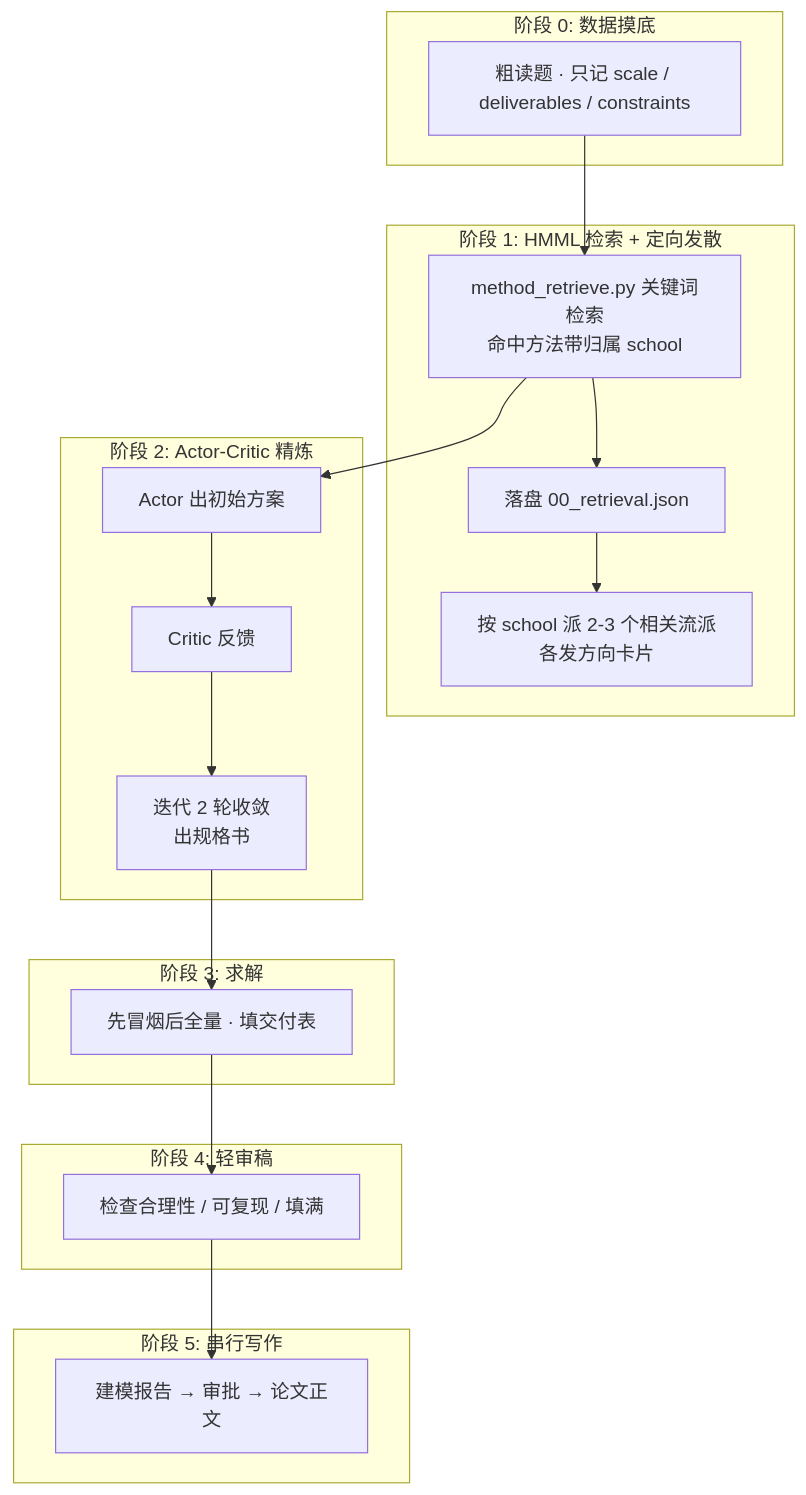
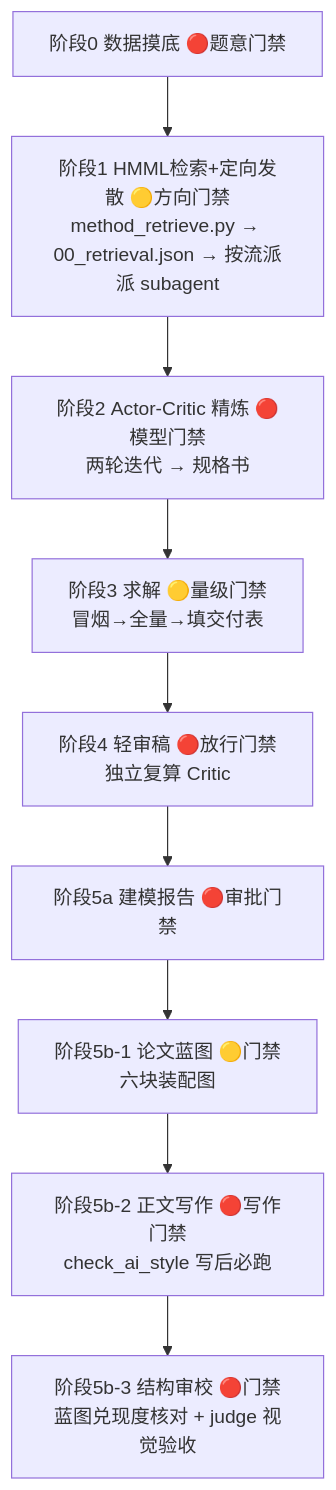
One commit to xbjh123/math-modeling-agent changed the diagram in README.md. Above: the diagram before and after it, drawn with Mermaid. The commit also changed other lines of this file and 23 other files, not shown here.

````diff
--- a/README.md
+++ b/README.md
@@ -17,24 +28,11 @@
 ```mermaid
 flowchart TD
-    subgraph S0[阶段 0: 数据摸底]
-        A0[粗读题 · 只记 scale / deliverables / constraints]
-    end
-    subgraph S1[阶段 1: HMML 检索 + 定向发散]
-        A1[method_retrieve.py 关键词检索<br/>命中方法带归属 school] --> A2[落盘 00_retrieval.json]
-        A2 --> A3[按 school 派 2-3 个相关流派<br/>各发方向卡片]
-    end
-    subgraph S2[阶段 2: Actor-Critic 精炼]
-        B1[Actor 出初始方案] --> B2[Critic 反馈] --> B3[迭代 2 轮收敛<br/>出规格书]
-    end
-    subgraph S3[阶段 3: 求解]
-        C1[先冒烟后全量 · 填交付表]
-    end
-    subgraph S4[阶段 4: 轻审稿]
-        D1[检查合理性 / 可复现 / 填满]
-    end
-    subgraph S5[阶段 5: 串行写作]
-        E1[建模报告 → 审批 → 论文正文]
-    end
-    A0 --> A1 --> B1
-    B3 --> C1 --> D1 --> E1
+    S0[阶段0 数据摸底 🔴题意门禁] --> S1[阶段1 HMML检索+定向发散 🟡方向门禁<br/>method_retrieve.py → 00_retrieval.json → 按流派派 subagent]
+    S1 --> S2[阶段2 Actor-Critic 精炼 🔴模型门禁<br/>两轮迭代 → 规格书]
+    S2 --> S3[阶段3 求解 🟡量级门禁<br/>冒烟→全量→填交付表]
+    S3 --> S4[阶段4 轻审稿 🔴放行门禁<br/>独立复算 Critic]
+    S4 --> S5a[阶段5a 建模报告 🔴审批门禁]
+    S5a --> S5b1[阶段5b-1 论文蓝图 🟡门禁<br/>六块装配图]
+    S5b1 --> S5b2[阶段5b-2 正文写作 🔴写作门禁<br/>check_ai_style 写后必跑]
+    S5b2 --> S5b3[阶段5b-3 结构审校 🔴门禁<br/>蓝图兑现度核对 + judge 视觉验收]
 ```
````
